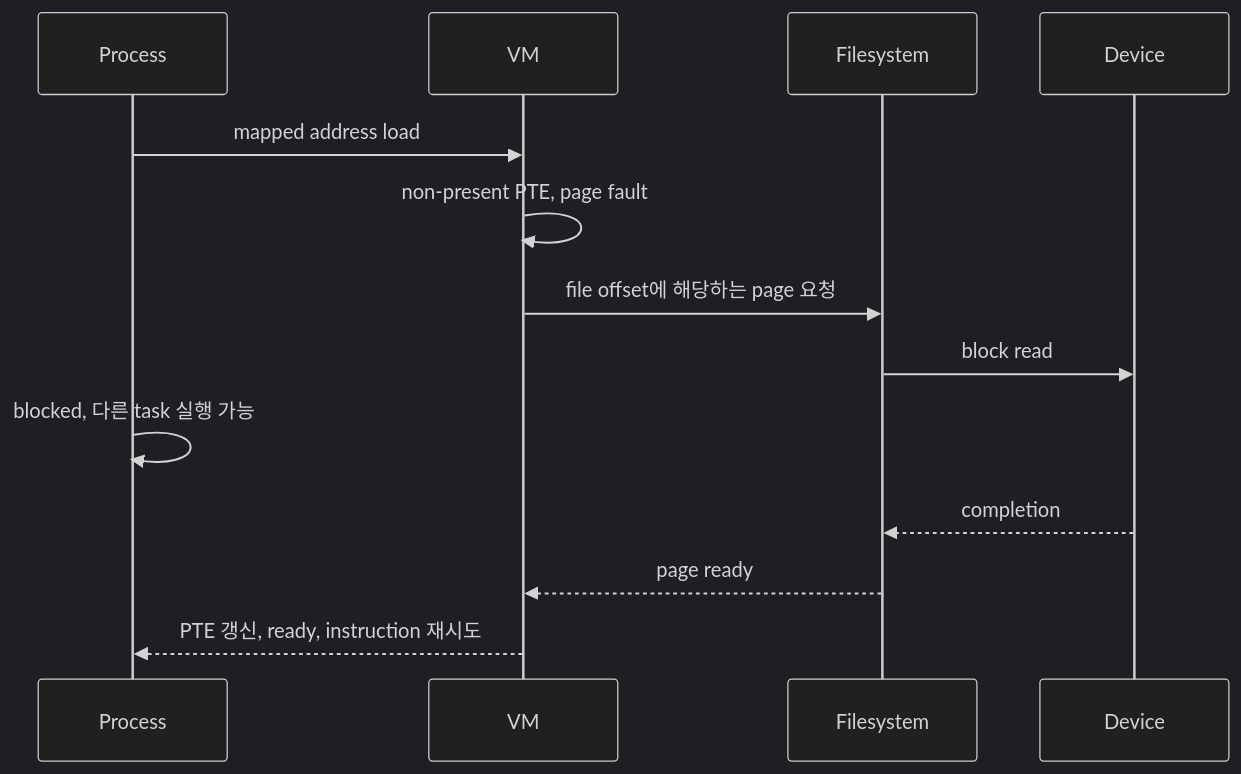
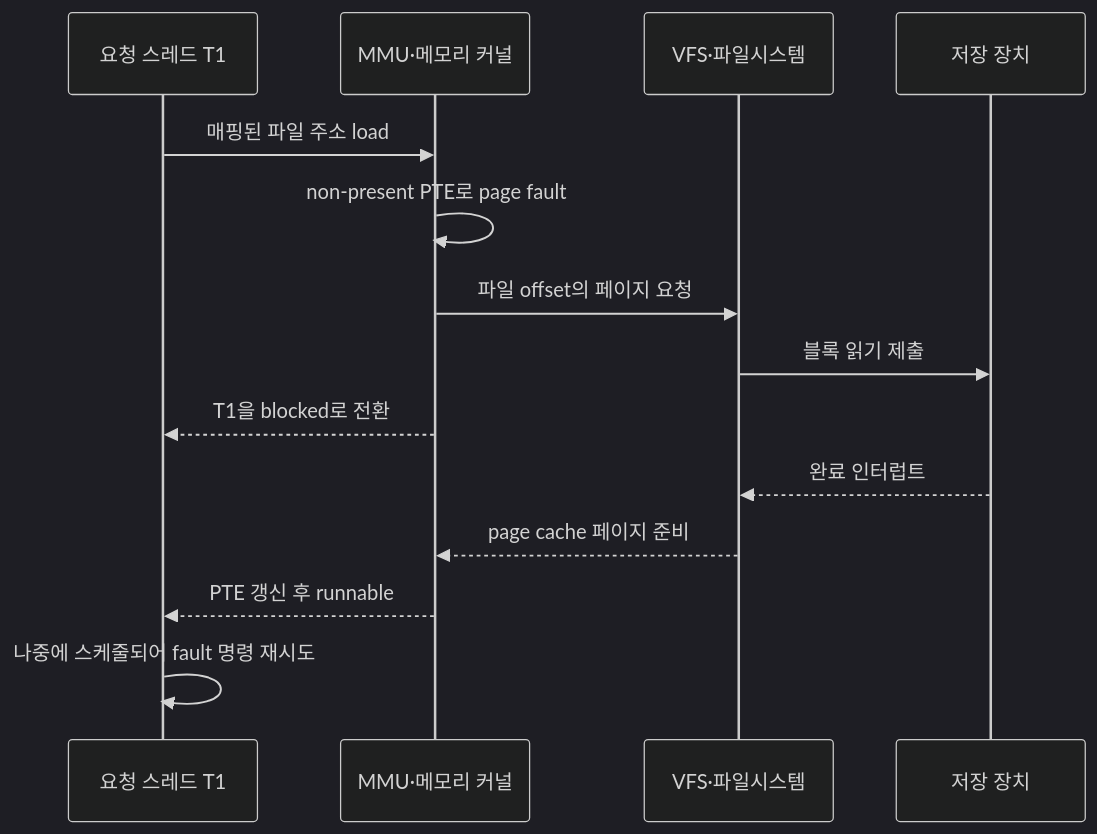
Before and after one commit to mj006648/netai-devsecops-runbook: the first of 3 diagrams in learning/operating-systems/13-exercises-and-glossary.md, drawn with Mermaid (dark theme). The commit also changed other lines of this file and 55 other files, not shown here.

````diff
--- a/learning/operating-systems/13-exercises-and-glossary.md
+++ b/learning/operating-systems/13-exercises-and-glossary.md
@@ -106,15 +104,16 @@
 ```mermaid
 sequenceDiagram
-    participant P as Process
-    participant M as VM
-    participant F as Filesystem
-    participant D as Device
-    P->>M: mapped address load
-    M->>M: non-present PTE, page fault
-    M->>F: file offset에 해당하는 page 요청
-    F->>D: block read
-    P->>P: blocked, 다른 task 실행 가능
-    D-->>F: completion
-    F-->>M: page ready
-    M-->>P: PTE 갱신, ready, instruction 재시도
+    participant T as 요청 스레드 T1
+    participant MM as MMU·메모리 커널
+    participant FS as VFS·파일시스템
+    participant DEV as 저장 장치
+    T->>MM: 매핑된 파일 주소 load
+    MM->>MM: non-present PTE로 page fault
+    MM->>FS: 파일 offset의 페이지 요청
+    FS->>DEV: 블록 읽기 제출
+    MM-->>T: T1을 blocked로 전환
+    DEV-->>FS: 완료 인터럽트
+    FS-->>MM: page cache 페이지 준비
+    MM-->>T: PTE 갱신 후 runnable
+    T->>T: 나중에 스케줄되어 fault 명령 재시도
 ```
````
